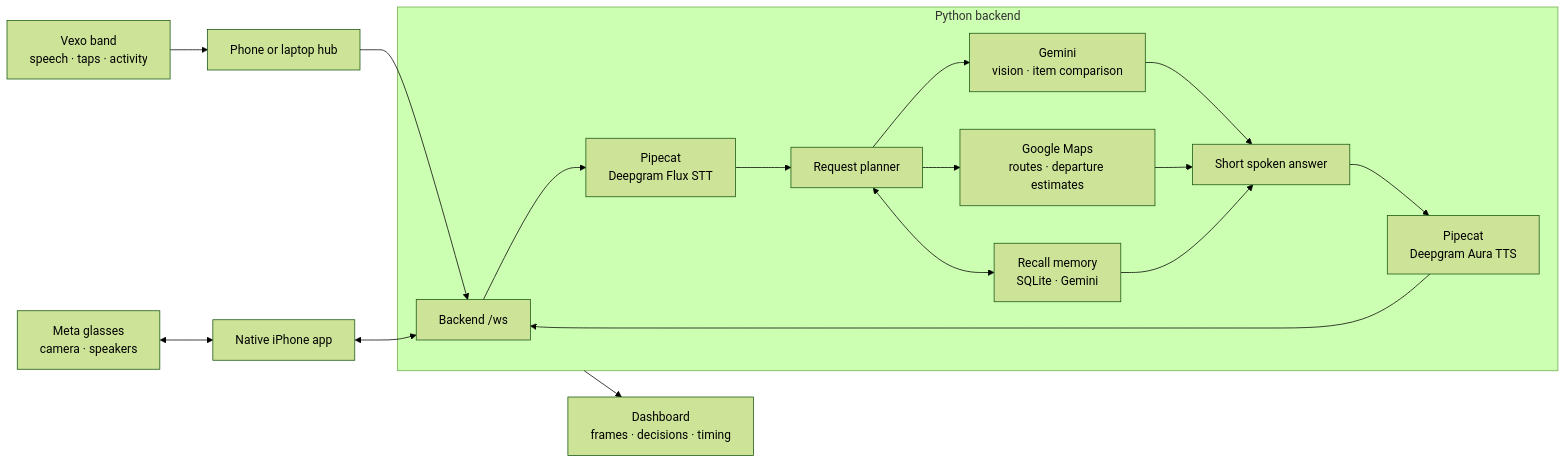
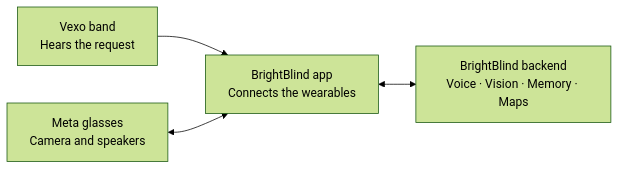
Before and after one commit to ismaelmehdid/BrightBlind: the diagram in README.md, drawn with Mermaid (forest theme). The commit also changed other lines of this file, not shown here.

Commit message:
Simplify README architecture into the device-to-answer flow

````diff
--- a/README.md
+++ b/README.md
@@ -79,22 +81,6 @@
 ```mermaid
 flowchart LR
-    Band["Vexo band<br/>speech · taps · activity"] --> Hub["Phone or laptop hub"]
-    Glasses["Meta glasses<br/>camera · speakers"] <--> Phone["Native iPhone app"]
-    Hub --> Socket["Backend /ws"]
-    Phone <--> Socket
-
-    subgraph Backend["Python backend"]
-        Socket --> Voice["Pipecat<br/>Deepgram Flux STT"]
-        Voice --> Planner["Request planner"]
-        Planner --> Vision["Gemini<br/>vision · item comparison"]
-        Planner --> Transit["Google Maps<br/>routes · departure estimates"]
-        Planner <--> Memory["Recall memory<br/>SQLite · Gemini"]
-        Vision --> Reply["Short spoken answer"]
-        Transit --> Reply
-        Memory --> Reply
-        Reply --> Speech["Pipecat<br/>Deepgram Aura TTS"]
-        Speech --> Socket
-    end
-
-    Backend --> Dashboard["Dashboard<br/>frames · decisions · timing"]
+    Band["Vexo band<br/>Hears the request"] --> App["BrightBlind app<br/>Connects the wearables"]
+    Glasses["Meta glasses<br/>Camera and speakers"] <--> App
+    App <--> Backend["BrightBlind backend<br/>Voice · Vision · Memory · Maps"]
 ```
````
